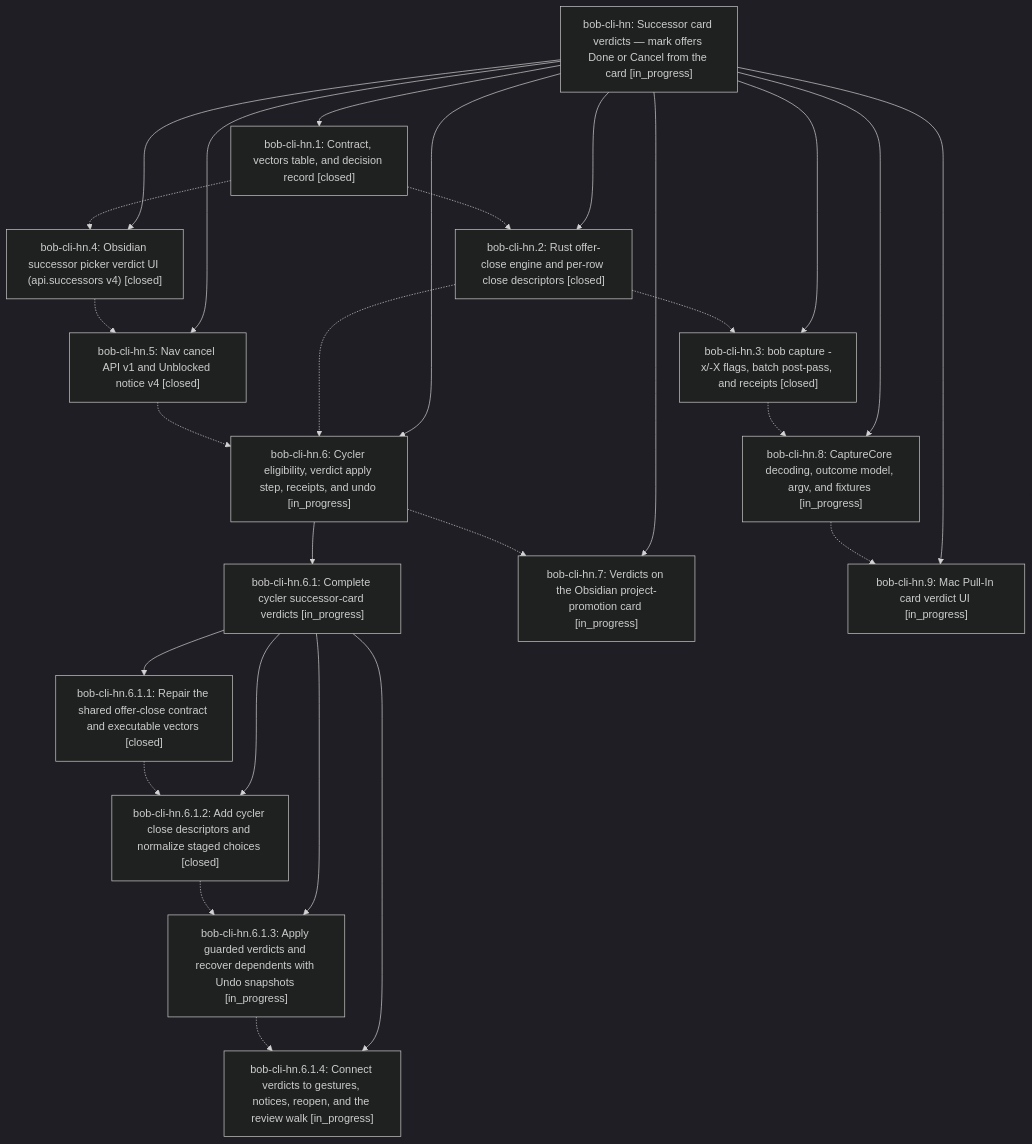
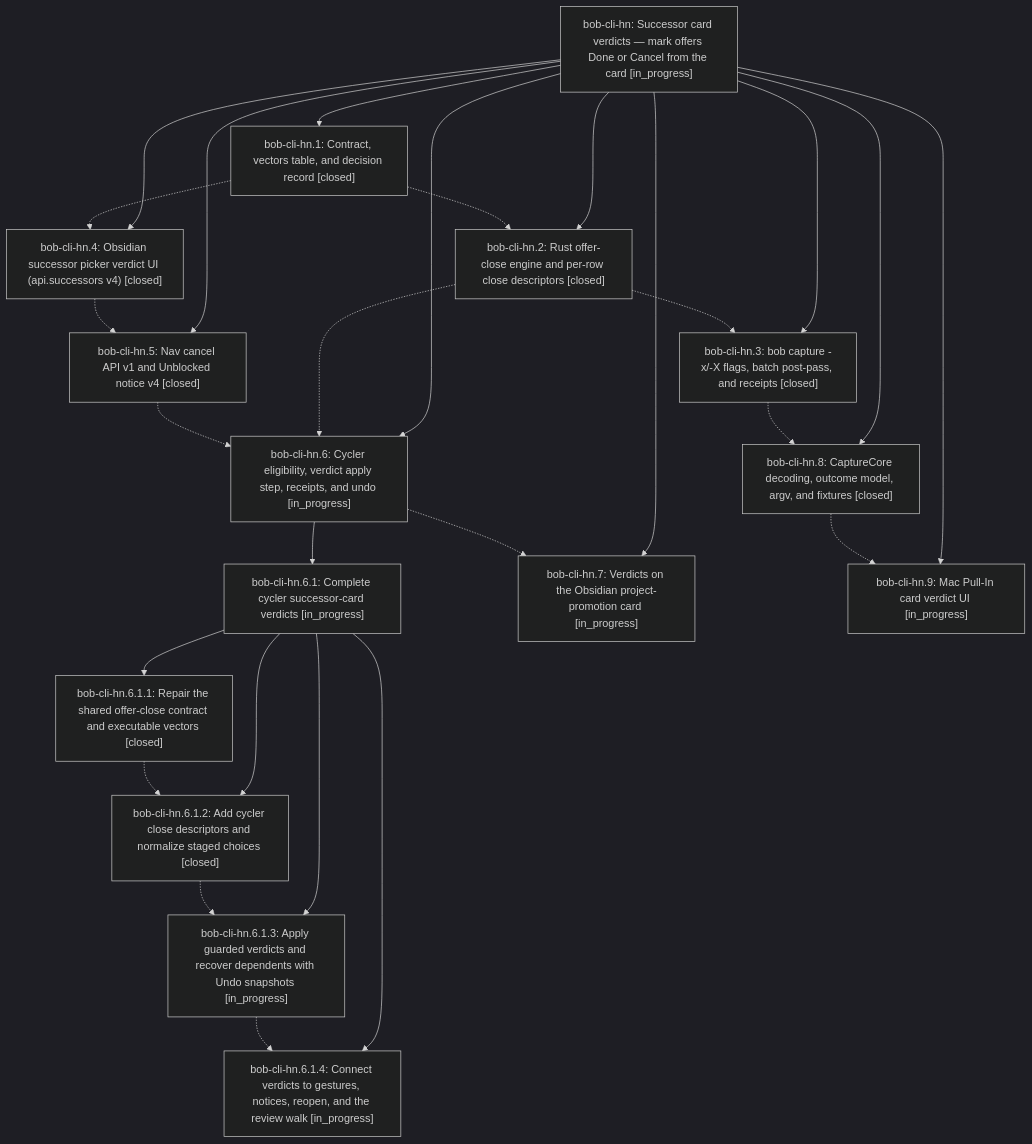
One commit to bobs-org/bob-cli--beads changed the diagram in pages/bob-cli-hn/README.md. Above: the diagram before and after it, drawn with Mermaid (dark theme). The commit also changed other lines of this file and 6 other files, not shown here.

First line of the commit message:
chore(beads): sync bead state and pages for bob-cli-hn

````diff
--- a/pages/bob-cli-hn/README.md
+++ b/pages/bob-cli-hn/README.md
@@ -44,44 +44,44 @@
 ```mermaid
 flowchart TD
     n0["bob-cli-hn: Successor card verdicts — mark offers Done or Cancel from the card [in_progress]"]
     n1["bob-cli-hn.1: Contract, vectors table, and decision record [closed]"]
     n2["bob-cli-hn.2: Rust offer-close engine and per-row close descriptors [closed]"]
     n3["bob-cli-hn.3: bob capture -x/-X flags, batch post-pass, and receipts [closed]"]
     n4["bob-cli-hn.4: Obsidian successor picker verdict UI (api.successors v4) [closed]"]
     n5["bob-cli-hn.5: Nav cancel API v1 and Unblocked notice v4 [closed]"]
     n6["bob-cli-hn.6: Cycler eligibility, verdict apply step, receipts, and undo [in_progress]"]
     n7["bob-cli-hn.6.1: Complete cycler successor-card verdicts [in_progress]"]
     n8["bob-cli-hn.6.1.1: Repair the shared offer-close contract and executable vectors [closed]"]
     n9["bob-cli-hn.6.1.2: Add cycler close descriptors and normalize staged choices [closed]"]
     n10["bob-cli-hn.6.1.3: Apply guarded verdicts and recover dependents with Undo snapshots [in_progress]"]
     n11["bob-cli-hn.6.1.4: Connect verdicts to gestures, notices, reopen, and the review walk [in_progress]"]
     n12["bob-cli-hn.7: Verdicts on the Obsidian project-promotion card [in_progress]"]
-    n13["bob-cli-hn.8: CaptureCore decoding, outcome model, argv, and fixtures [in_progress]"]
+    n13["bob-cli-hn.8: CaptureCore decoding, outcome model, argv, and fixtures [closed]"]
     n14["bob-cli-hn.9: Mac Pull-In card verdict UI [in_progress]"]
     n0 --> n1
     n0 --> n2
     n0 --> n3
     n0 --> n4
     n0 --> n5
     n0 --> n6
     n6 --> n7
     n7 --> n8
     n7 --> n9
     n7 --> n10
     n7 --> n11
     n0 --> n12
     n0 --> n13
     n0 --> n14
     n1 -.-> n2
     n1 -.-> n4
     n2 -.-> n3
     n2 -.-> n6
     n3 -.-> n13
     n4 -.-> n5
     n5 -.-> n6
     n6 -.-> n12
     n8 -.-> n9
     n9 -.-> n10
     n10 -.-> n11
     n13 -.-> n14
 ```
````
